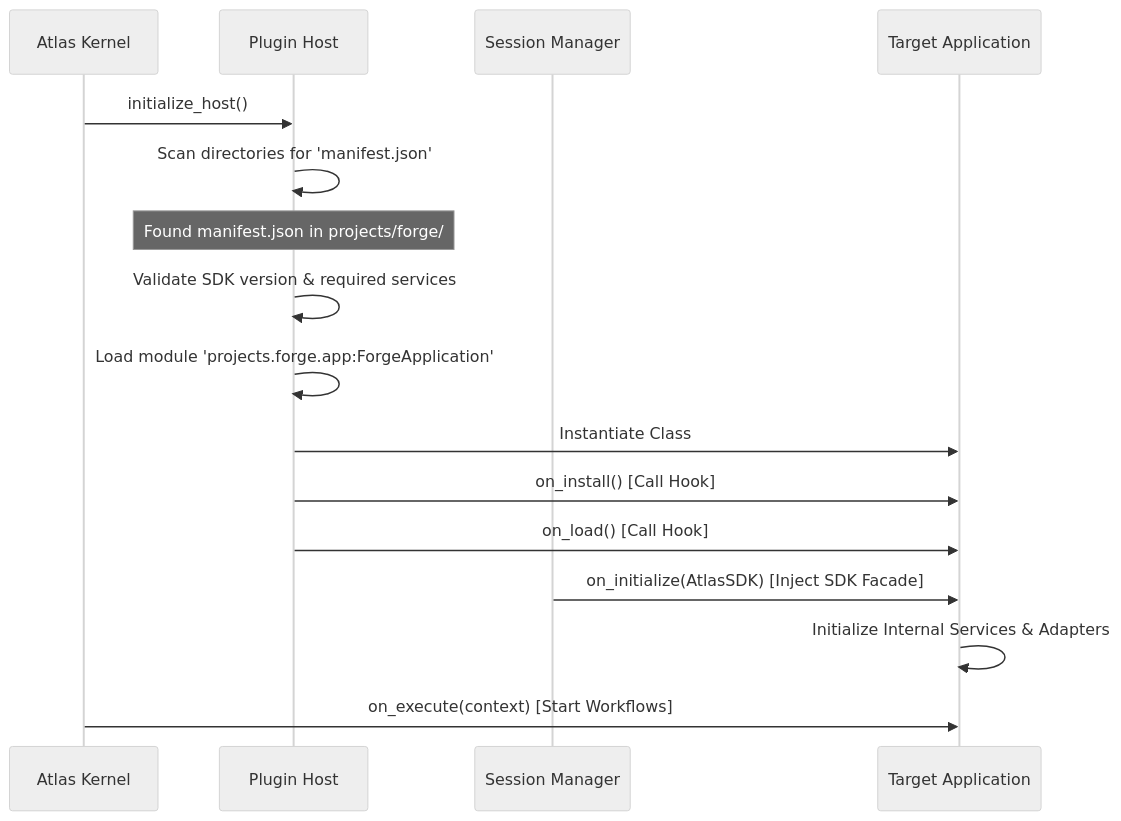
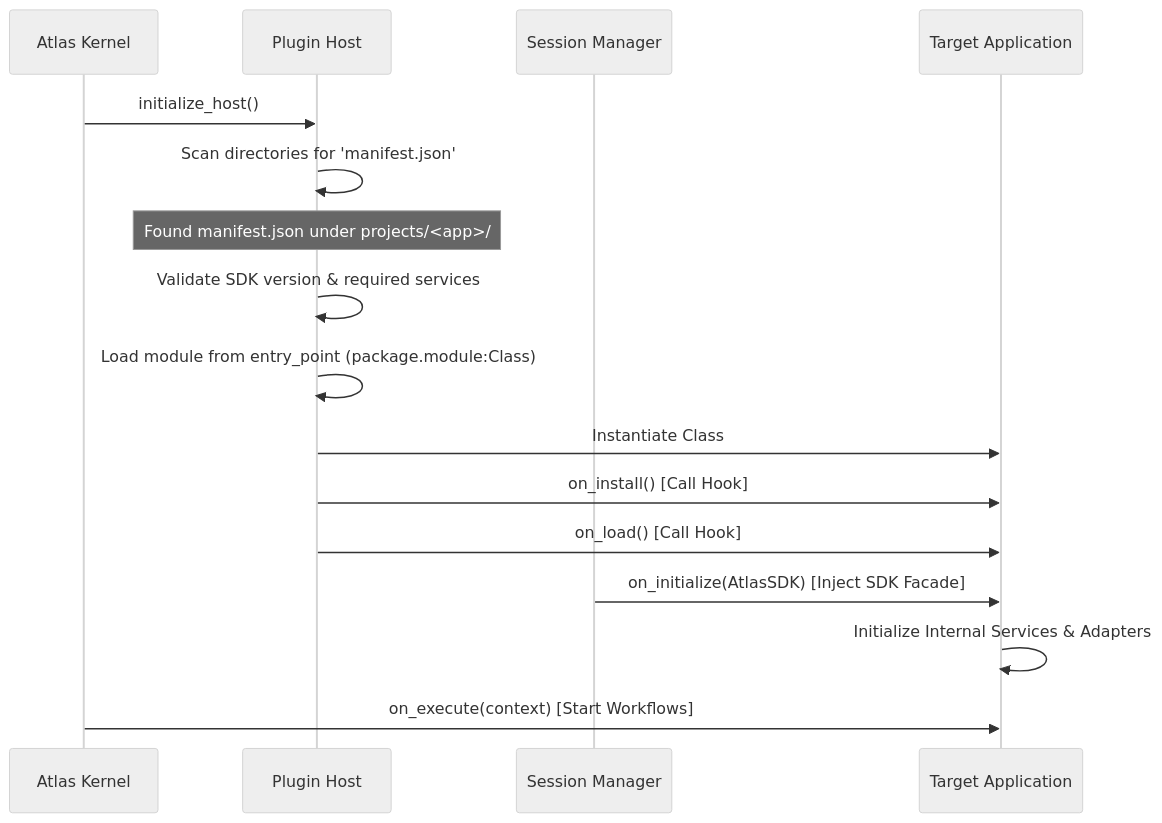
One commit to ln9swrd/atlas changed the diagram in docs/atlas/APPLICATION_DISCOVERY.md. Above: the diagram before and after it, drawn with Mermaid (neutral theme). The commit also changed other lines of this file, not shown here.

Commit message:
docs: update APPLICATION_DISCOVERY examples off removed projects/forge

````diff
--- a/docs/atlas/APPLICATION_DISCOVERY.md
+++ b/docs/atlas/APPLICATION_DISCOVERY.md
@@ -44,19 +45,19 @@
 ```mermaid
 sequenceDiagram
     participant K as Atlas Kernel
     participant PH as Plugin Host
     participant SM as Session Manager
     participant App as Target Application
 
     K->>PH: initialize_host()
     PH->>PH: Scan directories for 'manifest.json'
-    Note over PH: Found manifest.json in projects/forge/
+    Note over PH: Found manifest.json under projects/<app>/
     PH->>PH: Validate SDK version & required services
-    PH->>PH: Load module 'projects.forge.app:ForgeApplication'
+    PH->>PH: Load module from entry_point (package.module:Class)
     PH->>App: Instantiate Class
     PH->>App: on_install() [Call Hook]
     PH->>App: on_load() [Call Hook]
     SM->>App: on_initialize(AtlasSDK) [Inject SDK Facade]
     App->>App: Initialize Internal Services & Adapters
     K->>App: on_execute(context) [Start Workflows]
 ```
````
